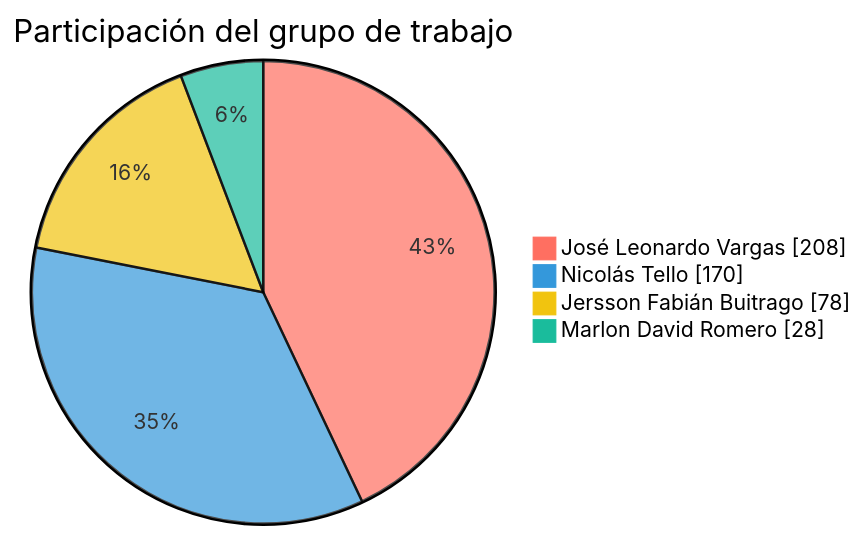
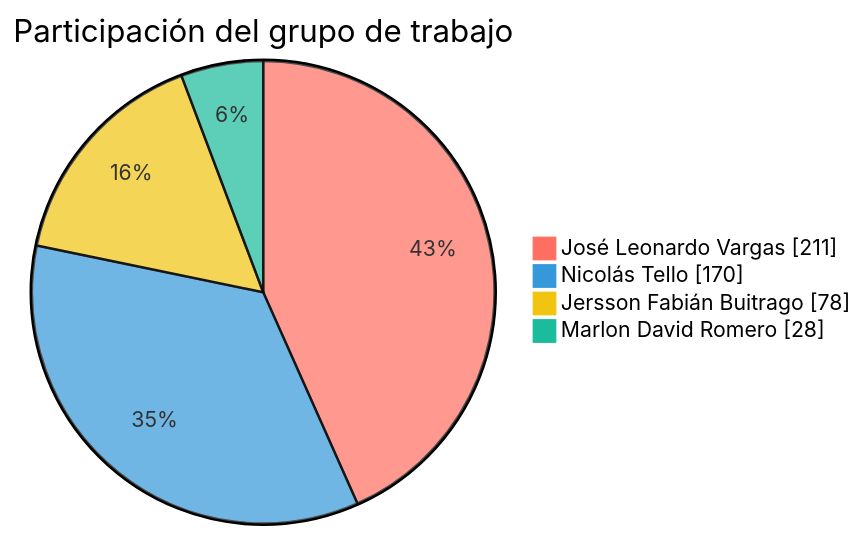
The first of 2 diagrams in README.md (FarmaExpres/FarmaExpres), drawn with Mermaid before and after one commit. The commit also changed other lines of this file and 1 other file, not shown here.

````diff
--- a/README.md
+++ b/README.md
@@ -389,9 +389,9 @@
 ```mermaid
 %%{init: {"themeVariables": {"pie1": "#ff6f61", "pie2": "#3498db", "pie3": "#f1c40f", "pie4": "#1abc9c", "pieLabelColor": "#000000", "pieLabelFontSize": "24px", "pieLabelFontWeight": "700"}}}%%
 pie showData
     title Participación del grupo de trabajo
-    "José Leonardo Vargas" : 208
+    "José Leonardo Vargas" : 211
     "Nicolás Tello" : 170
     "Jersson Fabián Buitrago" : 78
     "Marlon David Romero" : 28
 ```
````
